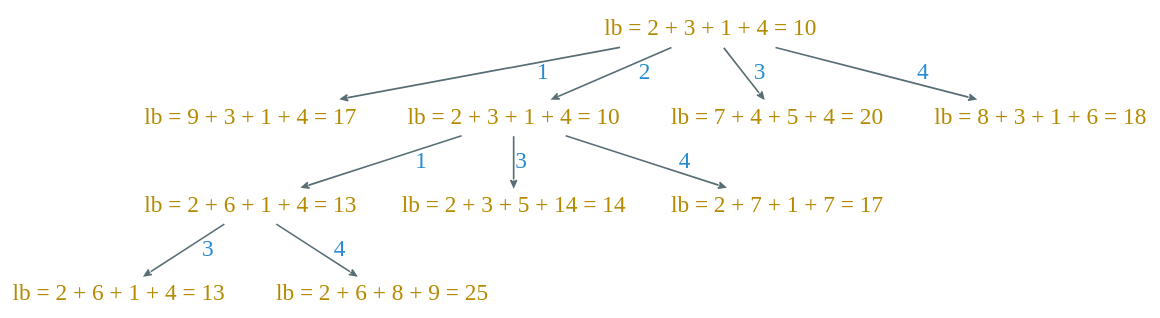
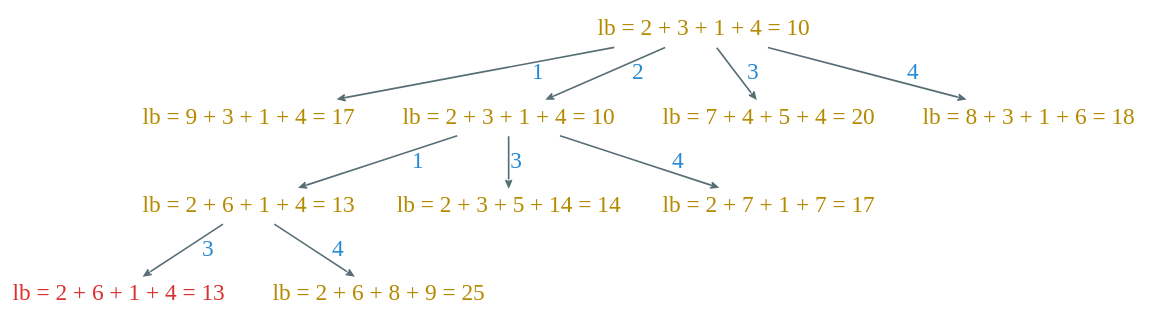
One commit to Avanti1980/course-alg changed the diagram in dot/job-distribution.dot. Above: the diagram before and after it, drawn with Graphviz. The commit also changed 4 other files, not shown here.

```diff
--- a/dot/job-distribution.dot
+++ b/dot/job-distribution.dot
@@ -1,23 +1,28 @@
 digraph g {
     bgcolor=transparent
     rankdir=TB
-    graph [nodesep=0.2,  ranksep=0.2]
+    graph [nodesep=0.16,  ranksep=0.2]
     node [shape=plaintext,  color="#586e75",  fixedsize=true,  width=2,  height=0.3,  fontcolor="#b58900",  fontsize=14,  fontname="LXGWWenKai"]
     edge [arrowhead=vee,  color="#586e75",  fontcolor="#268bd2",  fontsize=14,  fontname="LXGWWenKai",  arrowsize=0.4]
 
     root [label="lb = 2 + 3 + 1 + 4 = 10"]
 
     root -> "lb = 9 + 3 + 1 + 4 = 17" [label=1]
     root -> "lb = 2 + 3 + 1 + 4 = 10" [label=2]
     root -> "lb = 7 + 4 + 5 + 4 = 20" [label=3]
     root -> "lb = 8 + 3 + 1 + 6 = 18" [label=4]
 
     "lb = 2 + 3 + 1 + 4 = 10" -> "lb = 2 + 6 + 1 + 4 = 13" [label=1]
     "lb = 2 + 3 + 1 + 4 = 10" -> "lb = 2 + 3 + 5 + 14 = 14" [label=3]
     "lb = 2 + 3 + 1 + 4 = 10" -> "lb = 2 + 7 + 1 + 7 = 17" [label=4]
 
+    node [fontcolor="#dc322f"]
+
     13 [label="lb = 2 + 6 + 1 + 4 = 13"]
 
     "lb = 2 + 6 + 1 + 4 = 13" -> 13 [label="3"]
+
+    node [fontcolor="#b58900"]
+
     "lb = 2 + 6 + 1 + 4 = 13" -> "lb = 2 + 6 + 8 + 9 = 25" [label="4"]
 }
```
